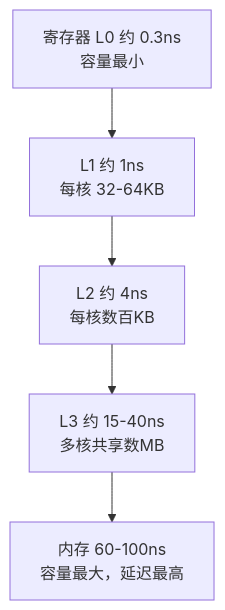
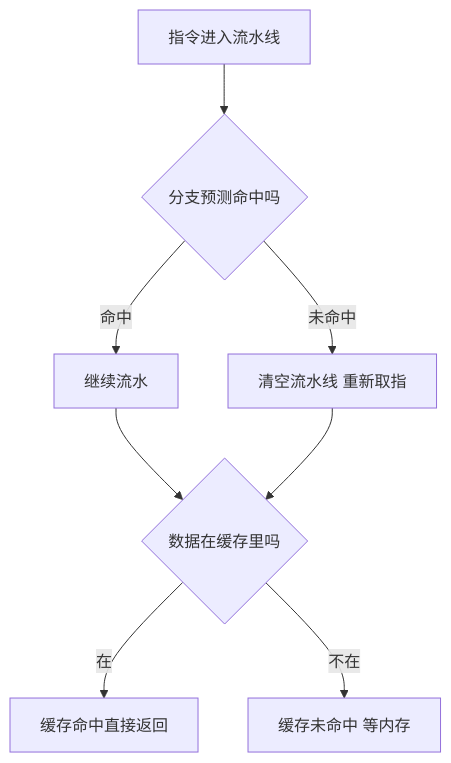
One commit to hub138/technical-knowledge changed the second of 2 diagrams in vault/工程知识/性能工程：从用户等待到资源瓶颈/处理器与内存/CPU缓存与分支决定有效执行时间.md. Above: the diagram before and after it, drawn with Mermaid. The commit also changed other lines of this file and 622 other files, not shown here.

````diff
--- a/vault/工程知识/性能工程：从用户等待到资源瓶颈/处理器与内存/CPU缓存与分支决定有效执行时间.md
+++ b/vault/工程知识/性能工程：从用户等待到资源瓶颈/处理器与内存/CPU缓存与分支决定有效执行时间.md
@@ -83,7 +116,10 @@
 ```mermaid
-graph TD
-    A["寄存器 L0 约 0.3ns<br/>容量最小"] --> B["L1 约 1ns<br/>每核 32-64KB"]
-    B --> C["L2 约 4ns<br/>每核数百KB"]
-    C --> D["L3 约 15-40ns<br/>多核共享数MB"]
-    D --> E["内存 60-100ns<br/>容量最大，延迟最高"]
+flowchart TD
+    A["指令进入流水线"] --> B{"分支预测命中吗"}
+    B -->|"命中"| C["继续流水"]
+    B -->|"未命中"| D["清空流水线 重新取指"]
+    C --> M{"数据在缓存里吗"}
+    D --> M
+    M -->|"在"| OK["缓存命中直接返回"]
+    M -->|"不在"| S["缓存未命中 等内存"]
 ```
````
